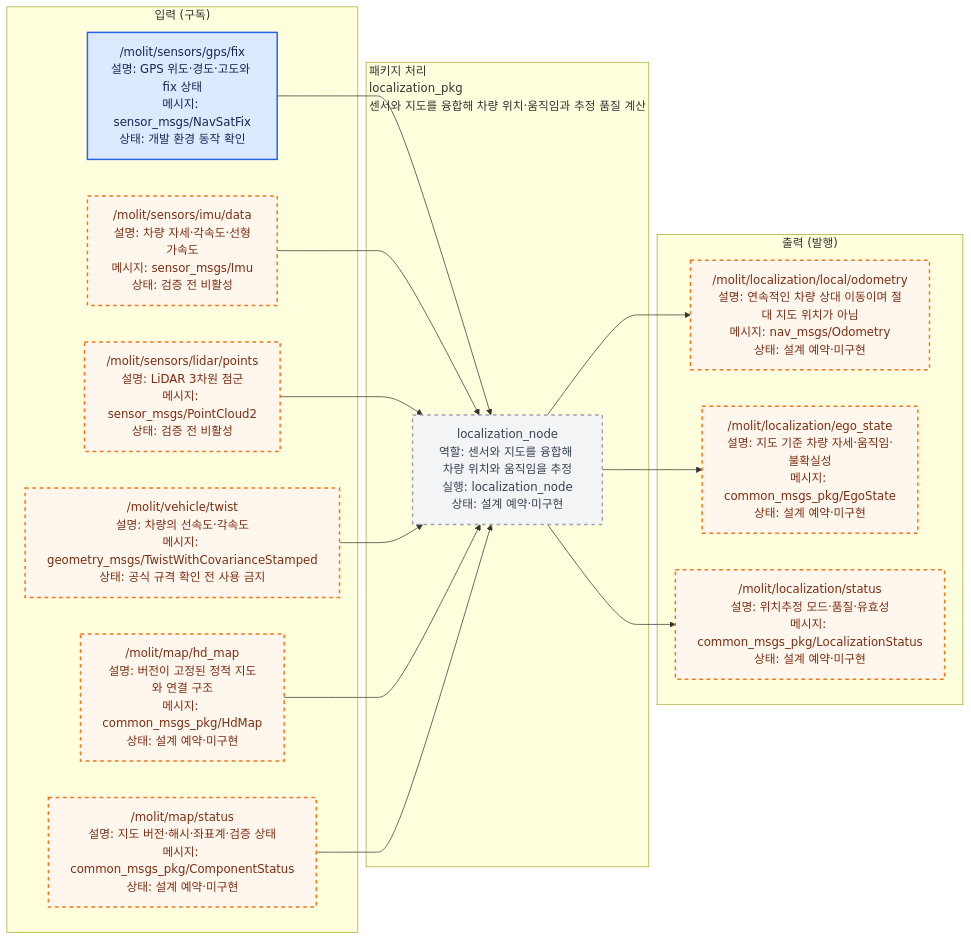
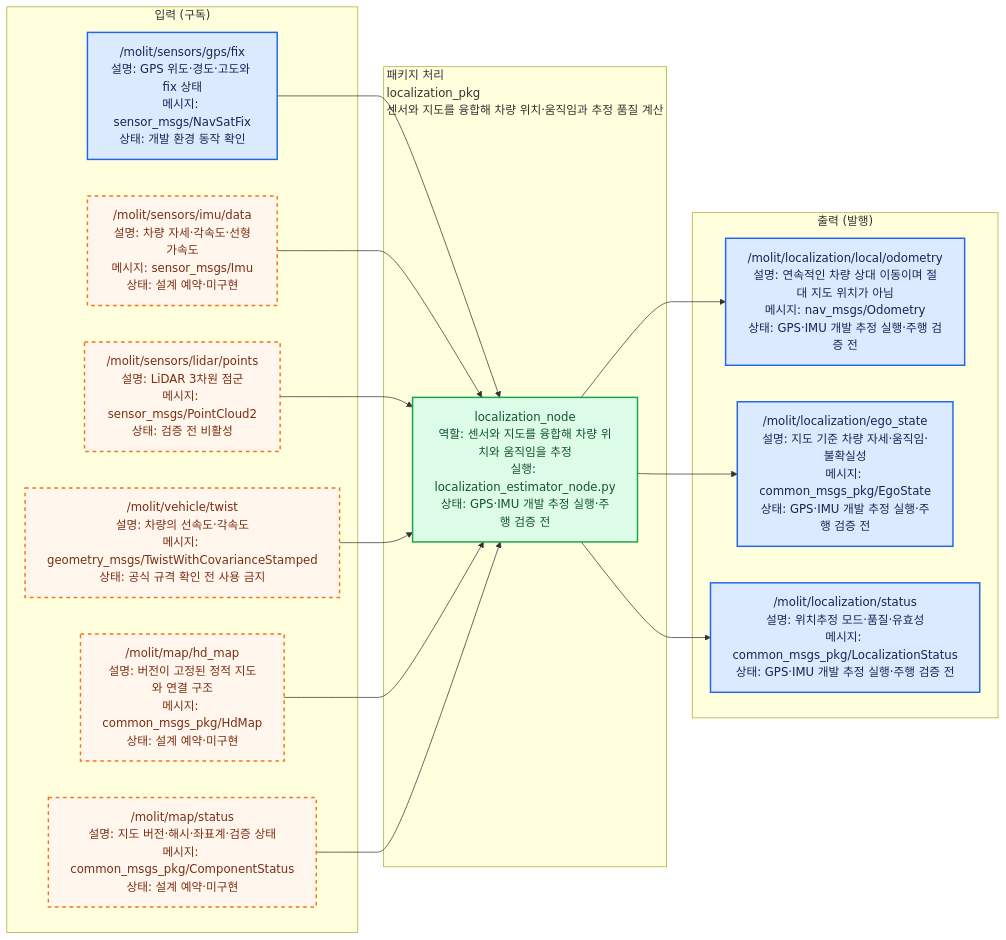
Before and after one commit to Team-Stier/Morai_Sim_team2: the diagram in src/localization_pkg/docs/interface_io.mmd, drawn with Mermaid. The commit also changed 145 other files, not shown here.

```diff
--- a/src/localization_pkg/docs/interface_io.mmd
+++ b/src/localization_pkg/docs/interface_io.mmd
@@ -1,47 +1,47 @@
 %% AUTO-GENERATED by ros_architecture_pkg/scripts/generate_interface_diagrams.py. DO NOT EDIT.
 %% Source of truth: ros_architecture_pkg/config/interface_contract.yaml
 flowchart LR
     classDef liveNode fill:#dcfce7,color:#14532d,stroke:#16a34a,stroke-width:2px;
     classDef reservedNode fill:#f3f4f6,color:#374151,stroke:#9ca3af,stroke-width:2px,stroke-dasharray: 5 5;
     classDef liveTopic fill:#dbeafe,color:#172554,stroke:#2563eb,stroke-width:2px;
     classDef reservedTopic fill:#fff7ed,color:#7c2d12,stroke:#f97316,stroke-width:2px,stroke-dasharray: 5 5;
     classDef emptyPort fill:#ffffff,color:#6b7280,stroke:#d1d5db,stroke-dasharray: 3 3;
     classDef externalEndpoint fill:#f3e8ff,color:#581c87,stroke:#9333ea,stroke-width:3px;
 
     subgraph INPUTS["입력 (구독)"]
         input_000["/molit/sensors/gps/fix<br/>설명: GPS 위도·경도·고도와 fix 상태<br/>메시지: sensor_msgs/NavSatFix<br/>상태: 개발 환경 동작 확인"]
-        input_001["/molit/sensors/imu/data<br/>설명: 차량 자세·각속도·선형가속도<br/>메시지: sensor_msgs/Imu<br/>상태: 검증 전 비활성"]
+        input_001["/molit/sensors/imu/data<br/>설명: 차량 자세·각속도·선형가속도<br/>메시지: sensor_msgs/Imu<br/>상태: 설계 예약·미구현"]
         input_002["/molit/sensors/lidar/points<br/>설명: LiDAR 3차원 점군<br/>메시지: sensor_msgs/PointCloud2<br/>상태: 검증 전 비활성"]
         input_003["/molit/vehicle/twist<br/>설명: 차량의 선속도·각속도<br/>메시지: geometry_msgs/TwistWithCovarianceStamped<br/>상태: 공식 규격 확인 전 사용 금지"]
         input_004["/molit/map/hd_map<br/>설명: 버전이 고정된 정적 지도와 연결 구조<br/>메시지: common_msgs_pkg/HdMap<br/>상태: 설계 예약·미구현"]
         input_005["/molit/map/status<br/>설명: 지도 버전·해시·좌표계·검증 상태<br/>메시지: common_msgs_pkg/ComponentStatus<br/>상태: 설계 예약·미구현"]
     end
     subgraph PACKAGE["패키지 처리<br/>localization_pkg<br/>센서와 지도를 융합해 차량 위치·움직임과 추정 품질 계산"]
-        local_node_000["localization_node<br/>역할: 센서와 지도를 융합해 차량 위치와 움직임을 추정<br/>실행: localization_node<br/>상태: 설계 예약·미구현"]
+        local_node_000["localization_node<br/>역할: 센서와 지도를 융합해 차량 위치와 움직임을 추정<br/>실행: localization_estimator_node.py<br/>상태: GPS·IMU 개발 추정 실행·주행 검증 전"]
     end
     subgraph OUTPUTS["출력 (발행)"]
-        output_000["/molit/localization/local/odometry<br/>설명: 연속적인 차량 상대 이동이며 절대 지도 위치가 아님<br/>메시지: nav_msgs/Odometry<br/>상태: 설계 예약·미구현"]
-        output_001["/molit/localization/ego_state<br/>설명: 지도 기준 차량 자세·움직임·불확실성<br/>메시지: common_msgs_pkg/EgoState<br/>상태: 설계 예약·미구현"]
-        output_002["/molit/localization/status<br/>설명: 위치추정 모드·품질·유효성<br/>메시지: common_msgs_pkg/LocalizationStatus<br/>상태: 설계 예약·미구현"]
+        output_000["/molit/localization/local/odometry<br/>설명: 연속적인 차량 상대 이동이며 절대 지도 위치가 아님<br/>메시지: nav_msgs/Odometry<br/>상태: GPS·IMU 개발 추정 실행·주행 검증 전"]
+        output_001["/molit/localization/ego_state<br/>설명: 지도 기준 차량 자세·움직임·불확실성<br/>메시지: common_msgs_pkg/EgoState<br/>상태: GPS·IMU 개발 추정 실행·주행 검증 전"]
+        output_002["/molit/localization/status<br/>설명: 위치추정 모드·품질·유효성<br/>메시지: common_msgs_pkg/LocalizationStatus<br/>상태: GPS·IMU 개발 추정 실행·주행 검증 전"]
     end
 
     input_000 --> local_node_000
     input_001 --> local_node_000
     input_002 --> local_node_000
     input_003 --> local_node_000
     input_004 --> local_node_000
     input_005 --> local_node_000
     local_node_000 --> output_000
     local_node_000 --> output_001
     local_node_000 --> output_002
 
-    class local_node_000 reservedNode;
+    class local_node_000 liveNode;
     class input_000 liveTopic;
     class input_001 reservedTopic;
     class input_002 reservedTopic;
     class input_003 reservedTopic;
     class input_004 reservedTopic;
     class input_005 reservedTopic;
-    class output_000 reservedTopic;
-    class output_001 reservedTopic;
-    class output_002 reservedTopic;
+    class output_000 liveTopic;
+    class output_001 liveTopic;
+    class output_002 liveTopic;
```
